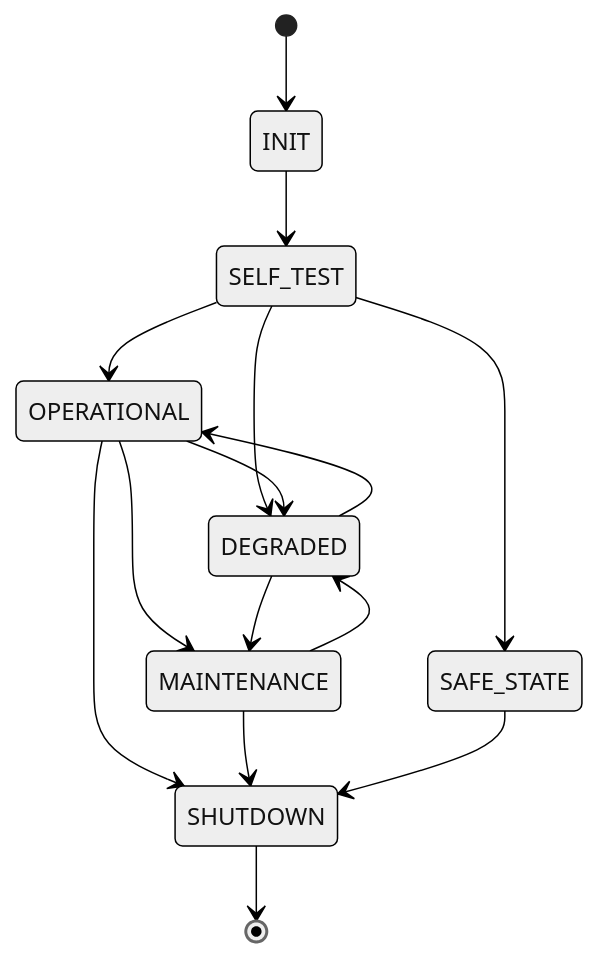
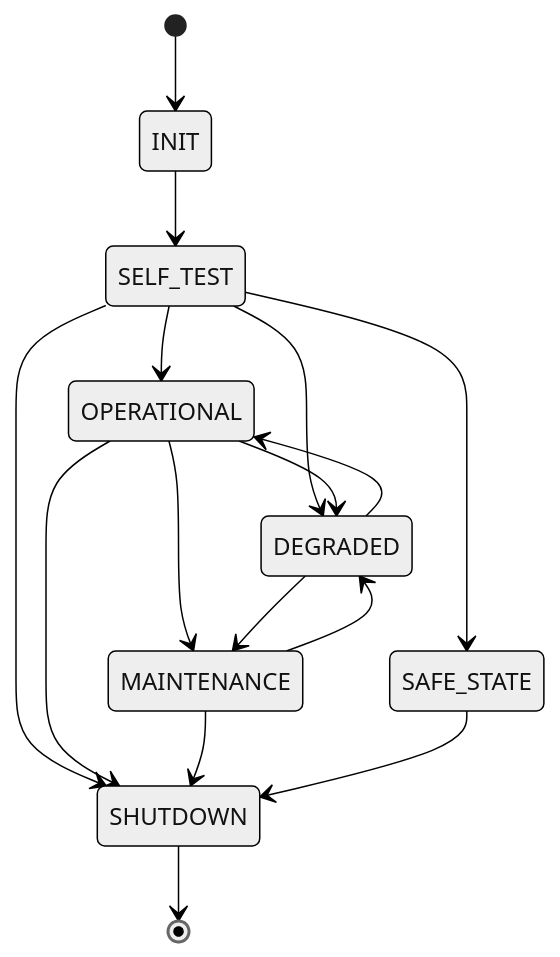
Before and after one commit to vic-cortes/ATA-260705-8-9PM: the diagram in sessions/week_3/excercise/homework.md, drawn with Mermaid (neutral theme). The commit also changed other lines of this file, not shown here.

Commit message:
Update homework.md: enhance decision rules in ECU pseudocode to include immediate shutdown for critical failures; update state transitions and diagram accordingly

````diff
--- a/sessions/week_3/excercise/homework.md
+++ b/sessions/week_3/excercise/homework.md
@@ -190,23 +196,24 @@
 ```mermaid
 stateDiagram-v2
     [*] --> INIT
     
     INIT --> SELF_TEST
     SELF_TEST --> OPERATIONAL
     SELF_TEST --> DEGRADED
     SELF_TEST --> SAFE_STATE
+    SELF_TEST --> SHUTDOWN
     
     OPERATIONAL --> DEGRADED
     OPERATIONAL --> MAINTENANCE
     OPERATIONAL --> SHUTDOWN
     
     DEGRADED --> MAINTENANCE
     DEGRADED --> OPERATIONAL
     
     MAINTENANCE --> DEGRADED
     MAINTENANCE --> SHUTDOWN
     
     SAFE_STATE --> SHUTDOWN
     
     SHUTDOWN --> [*]
 ```
````
